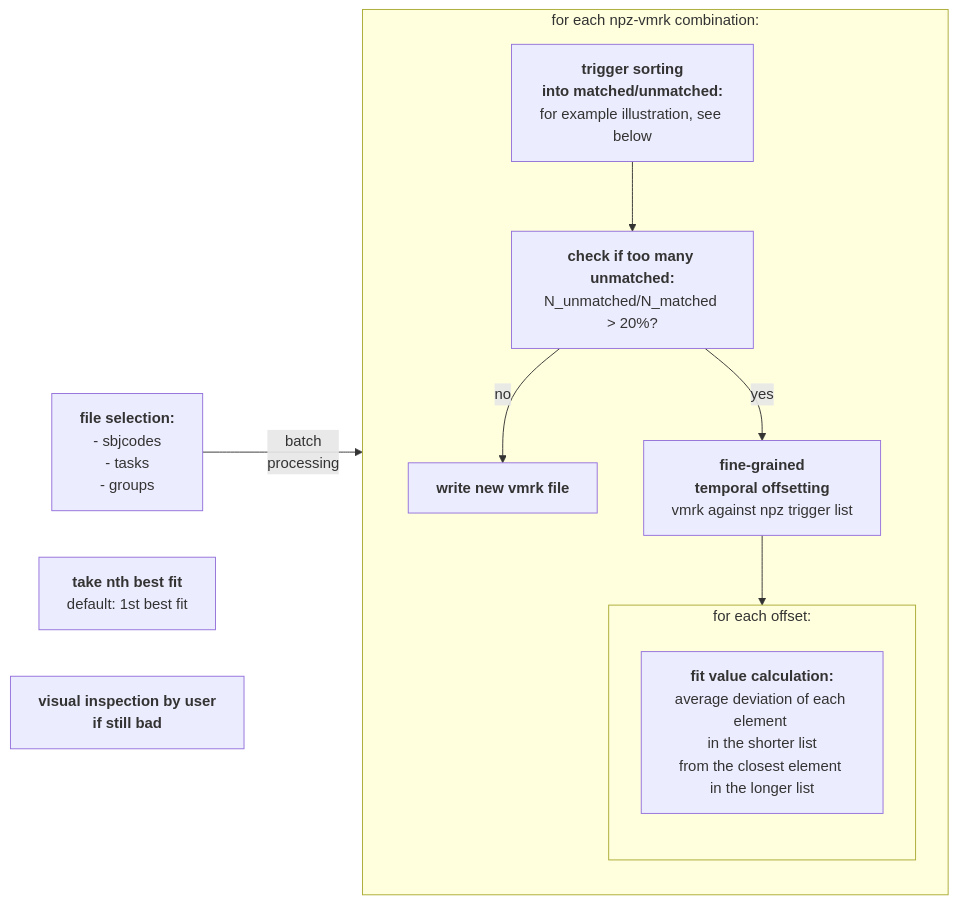
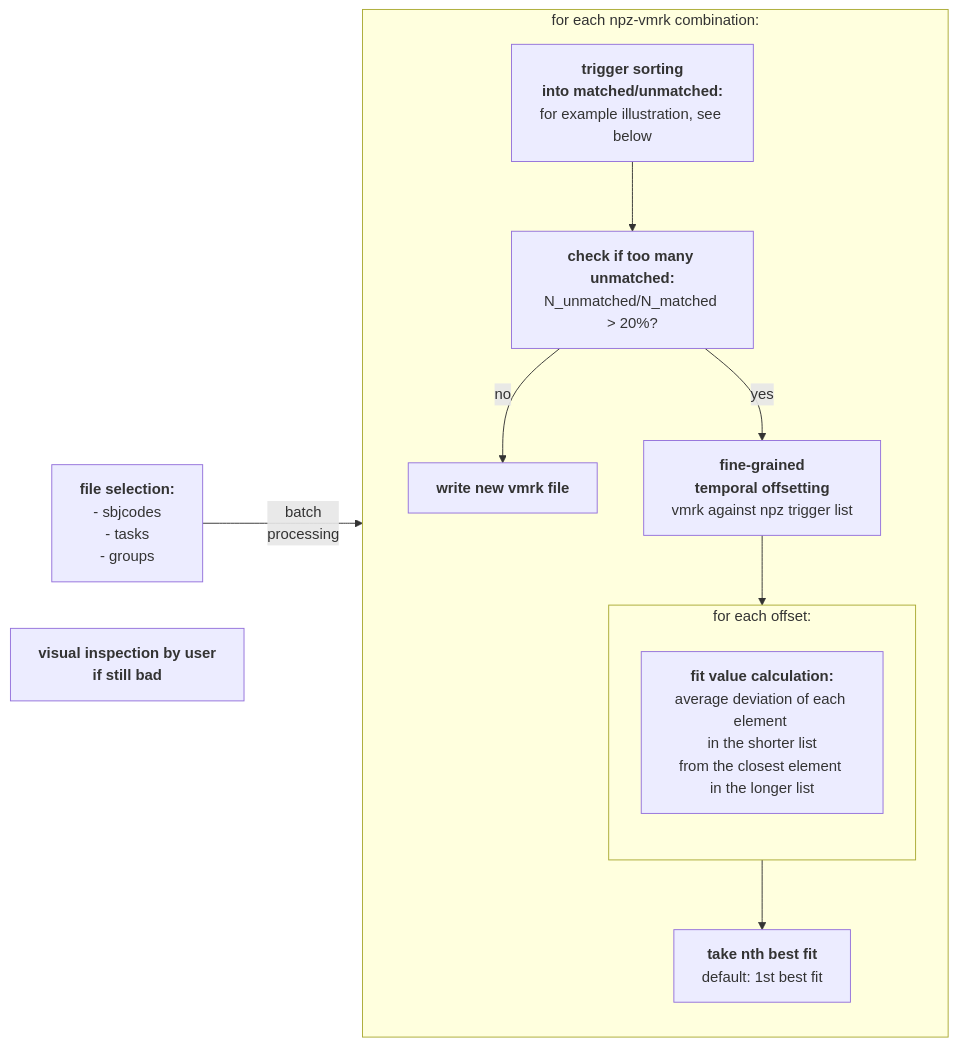
One commit to neuro-dream/Trigger-Fix changed the diagram in README.md. Above: the diagram before and after it, drawn with Mermaid.

````diff
--- a/README.md
+++ b/README.md
@@ -6,34 +6,35 @@
 ```mermaid
 
 %% (function: <a href='https://github.com/neurodream/Trigger-Fix/blob/main/trigfix/trigger_compare_functions.py#L92'>apply_fix</a>)
 
 graph LR;
     A["<b>file selection:</b><br>- sbjcodes<br> - tasks<br> - groups"]
     B["<b>trigger sorting<br>into matched/unmatched:</b><br>for example illustration, see below"]
     C["<b>check if too many unmatched:</b><br>N_unmatched/N_matched > 20%?"]
     D["<b>fine-grained <br>temporal offsetting</b><br>vmrk against npz trigger list"]
     E["<b>fit value calculation:</b><br>average deviation of each element <br> in the shorter list <br>from the closest element <br>in the longer list"]
     F["<b>take nth best fit</b><br>default: 1st best fit"]
     G["<b>write new vmrk file</b>"]
     H["<b>visual inspection by user <br>if still bad</b>"]
 
 subgraph for_each_file_comb["for each npz-vmrk combination:"]
     direction TB
     B-->C;
     C-->|no|G;
     C-->|yes|D;
     subgraph for_each_offset["for each offset:"]
         direction TB
         E
     end
     D-->for_each_offset;
+    for_each_offset-->F;
 end
 
 
 
     A--"batch <br>processing"-->for_each_file_comb;
     
     %% A-->C;
     %% B-->D;
     %% C-->D;
 ```
````
